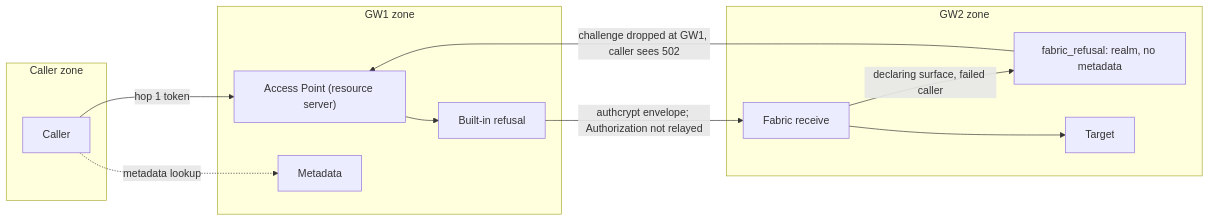
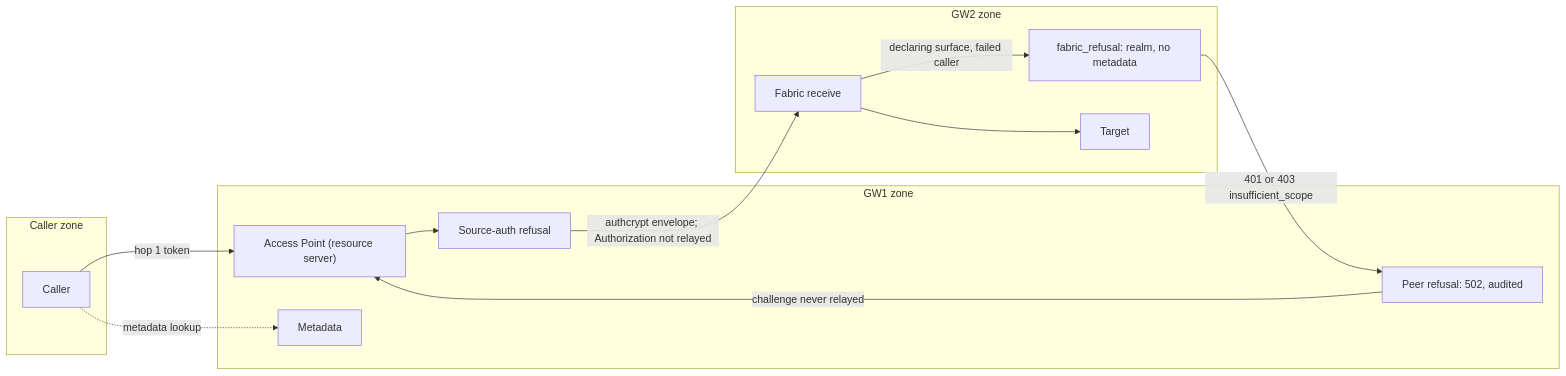
Before and after one commit to affinidi-ai/agent-gateway: the third of 3 diagrams in docs/adrs/0003-hop-one-resource-server-contract.md, drawn with Mermaid. The commit also changed other lines of this file and 15 other files, not shown here.

````diff
--- a/docs/adrs/0003-hop-one-resource-server-contract.md
+++ b/docs/adrs/0003-hop-one-resource-server-contract.md
@@ -698,23 +800,25 @@
 ```mermaid
 flowchart LR
     subgraph Caller zone
       C[Caller]
     end
     subgraph GW1 zone
       AP["Access Point (resource server)"]
-      RF["Built-in refusal"]
+      RF["Source-auth refusal"]
       PRM["Metadata"]
+      PR["Peer refusal: 502, audited"]
     end
     subgraph GW2 zone
       RX["Fabric receive"]
       FR["fabric_refusal: realm, no metadata"]
       T[Target]
     end
     C -- "hop 1 token" --> AP
     C -. "metadata lookup" .-> PRM
     AP --> RF
     RF -- "authcrypt envelope; Authorization not relayed" --> RX
     RX -- "declaring surface, failed caller" --> FR
     RX --> T
-    FR -- "challenge dropped at GW1, caller sees 502" --> AP
+    FR -- "401 or 403 insufficient_scope" --> PR
+    PR -- "challenge never relayed" --> AP
 ```
````
